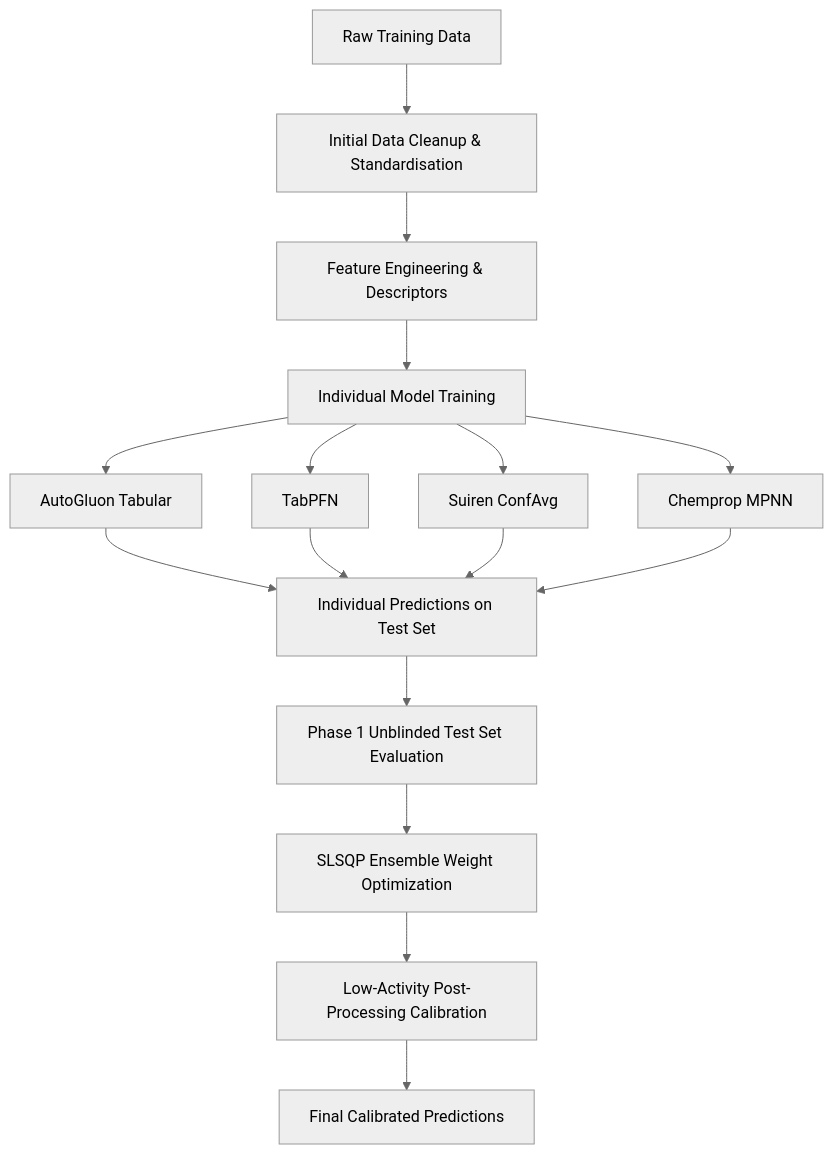
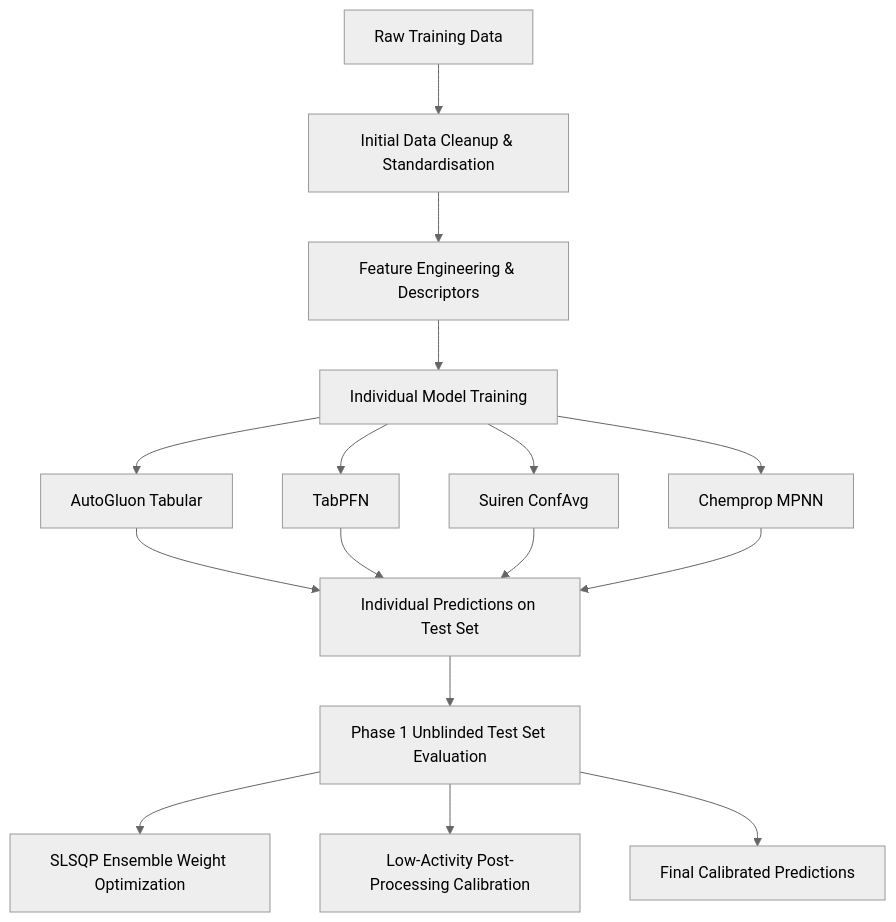
The diagram in README.md (un-certain-tea/OpenADMET-pxr-challenge), drawn with Mermaid (neutral theme) before and after one commit. The commit also changed other lines of this file, not shown here.

````diff
--- a/README.md
+++ b/README.md
@@ -11,15 +16,15 @@
 ```mermaid
 graph TD
     A[Raw Training Data] --> B[Initial Data Cleanup & Standardisation]
     B --> C[Feature Engineering & Descriptors]
     C --> D[Individual Model Training]
     D --> E1[AutoGluon Tabular]
     D --> E2[TabPFN]
     D --> E3[Suiren ConfAvg]
     D --> E4[Chemprop MPNN]
     E1 & E2 & E3 & E4 --> F[Individual Predictions on Test Set]
     F --> G[Phase 1 Unblinded Test Set Evaluation]
     G --> H[SLSQP Ensemble Weight Optimization]
-    H --> I[Low-Activity Post-Processing Calibration]
-    I --> J[Final Calibrated Predictions]
+    G --> I[Low-Activity Post-Processing Calibration]
+    G --> J[Final Calibrated Predictions]
 ```
````
